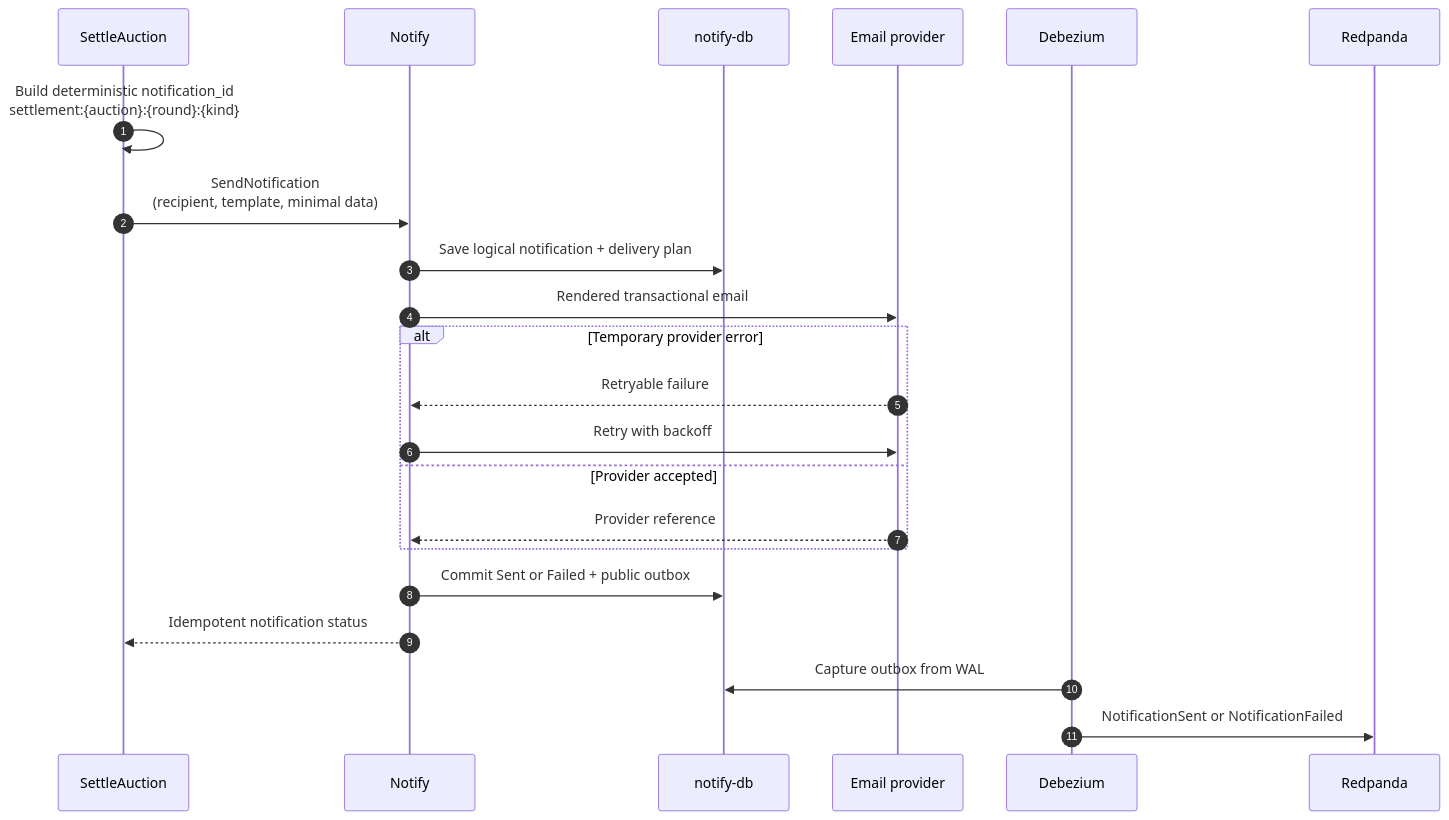
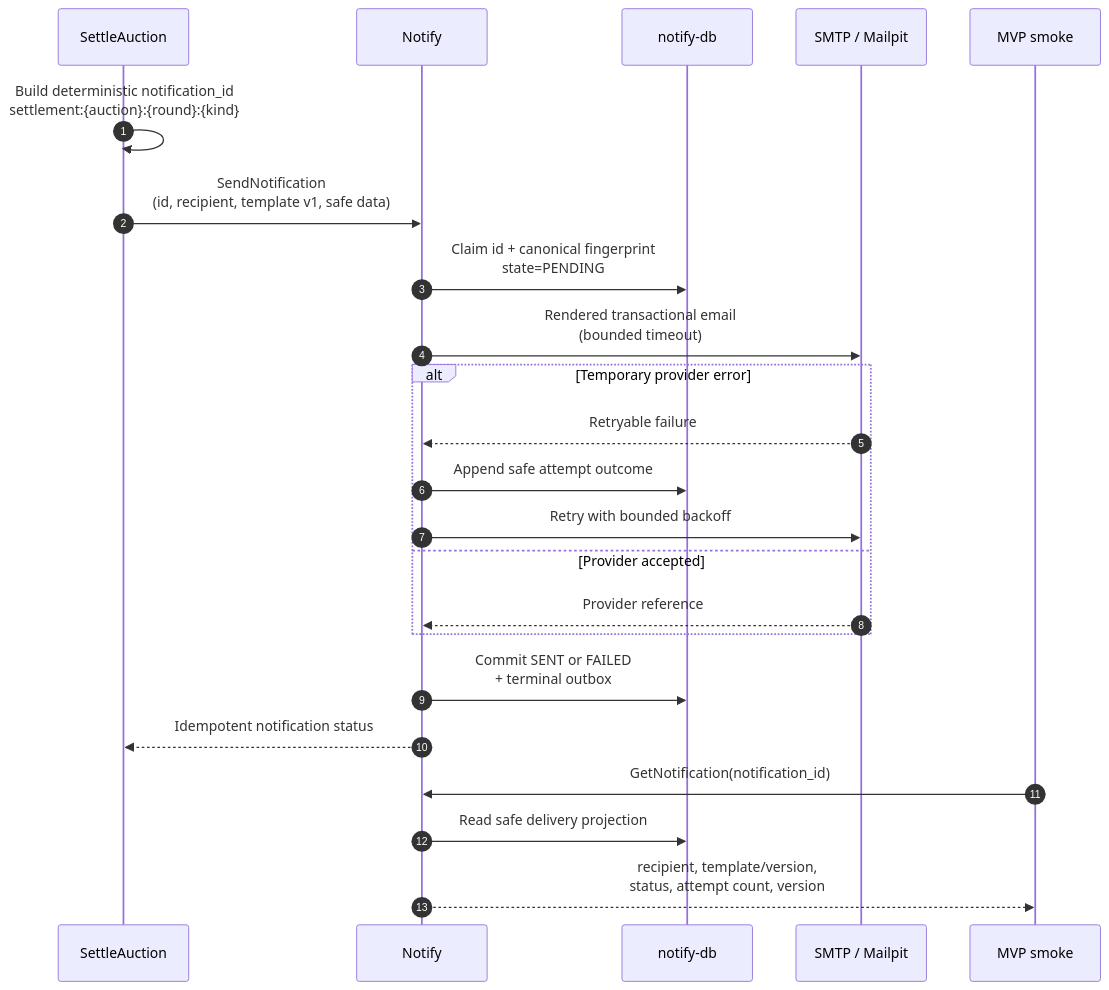
Before and after one commit to batazor/gavel: the diagram in contexts/notify/use-cases/settlement-notifications/README.md, drawn with Mermaid. The commit also changed other lines of this file and 358 other files, not shown here.

````diff
--- a/contexts/notify/use-cases/settlement-notifications/README.md
+++ b/contexts/notify/use-cases/settlement-notifications/README.md
@@ -11,25 +11,26 @@
 ```mermaid
 sequenceDiagram
     autonumber
     participant Process as SettleAuction
     participant Notify
     participant DB as notify-db
-    participant Email as Email provider
-    participant CDC as Debezium
-    participant Broker as Redpanda
+    participant Email as SMTP / Mailpit
+    participant Operator as MVP smoke
 
     Process->>Process: Build deterministic notification_id<br/>settlement:{auction}:{round}:{kind}
-    Process->>Notify: SendNotification<br/>(recipient, template, minimal data)
-    Notify->>DB: Save logical notification + delivery plan
-    Notify->>Email: Rendered transactional email
+    Process->>Notify: SendNotification<br/>(id, recipient, template v1, safe data)
+    Notify->>DB: Claim id + canonical fingerprint<br/>state=PENDING
+    Notify->>Email: Rendered transactional email<br/>(bounded timeout)
     alt Temporary provider error
         Email-->>Notify: Retryable failure
-        Notify->>Email: Retry with backoff
+        Notify->>DB: Append safe attempt outcome
+        Notify->>Email: Retry with bounded backoff
     else Provider accepted
         Email-->>Notify: Provider reference
     end
-    Notify->>DB: Commit Sent or Failed + public outbox
+    Notify->>DB: Commit SENT or FAILED<br/>+ terminal outbox
     Notify-->>Process: Idempotent notification status
-    CDC->>DB: Capture outbox from WAL
-    CDC->>Broker: NotificationSent or NotificationFailed
+    Operator->>Notify: GetNotification(notification_id)
+    Notify->>DB: Read safe delivery projection
+    Notify-->>Operator: recipient, template/version,<br/>status, attempt count, version
 ```
````
